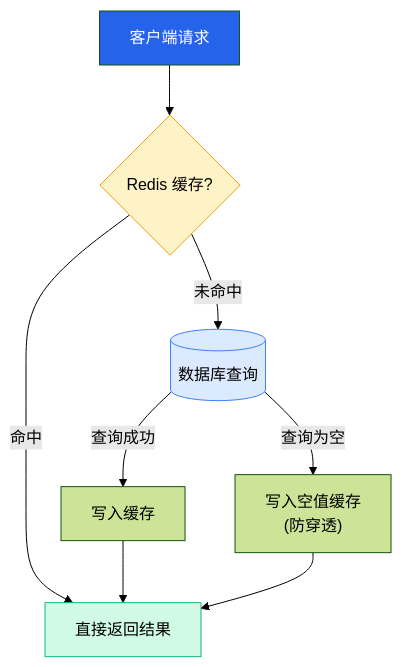
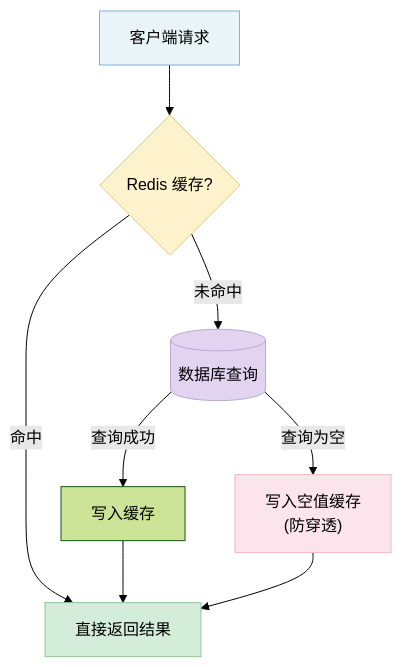
Diagram 18 of 18 in README.md (xt765/ResumeScreening), drawn with Mermaid (forest theme) before and after one commit. The commit also changed other lines of this file and 4 other files, not shown here.

````diff
--- a/README.md
+++ b/README.md
@@ -646,18 +857,19 @@
 ```mermaid
 graph TD
     Req[客户端请求] --> Cache{Redis 缓存?}
     
     Cache -->|命中| Return[直接返回结果]
     Cache -->|未命中| DB[(数据库查询)]
     
     DB -->|查询成功| Write[写入缓存]
     Write --> Return
     
     DB -->|查询为空| NullCache["写入空值缓存<br/>(防穿透)"]
     NullCache --> Return
     
-    style Req fill:#2563eb,color:#fff
-    style Cache fill:#fef3c7,stroke:#f59e0b
-    style DB fill:#dbeafe,stroke:#3b82f6
-    style Return fill:#d1fae5,stroke:#10b981
+    style Req fill:#e8f4f8,stroke:#7fb3d5
+    style Cache fill:#fff3cd,stroke:#e0c97f
+    style DB fill:#e2d4f0,stroke:#b8a9d0
+    style Return fill:#d4edda,stroke:#90c695
+    style NullCache fill:#fce4ec,stroke:#f0b8c4
 ```
````
